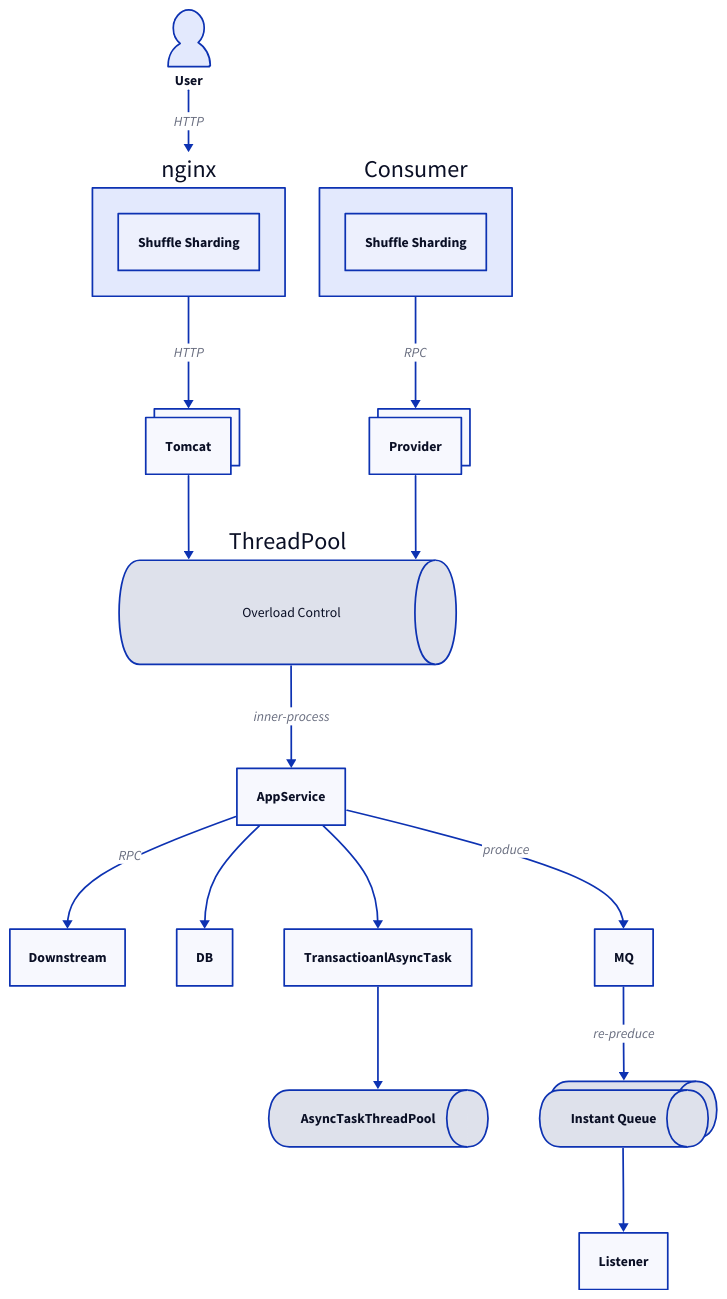
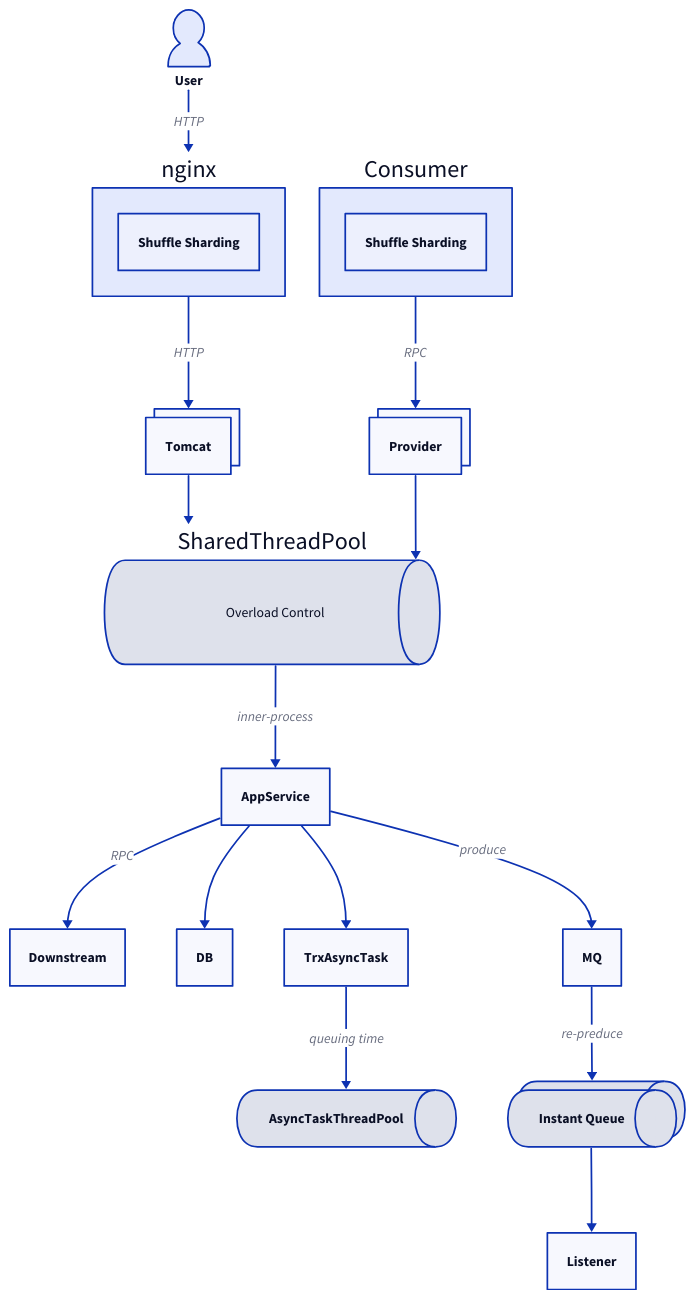
One commit to funkygao/workload-pattern changed the diagram in assets/bigpicture.d2. Above: the diagram before and after it, drawn with D2. The commit also changed 1 other file, not shown here.

```diff
--- a/assets/bigpicture.d2
+++ b/assets/bigpicture.d2
@@ -1,42 +1,44 @@
 User -> nginx: HTTP
 nginx -> Tomcat: HTTP
 nginx: {
   Shuffle Sharding
 }
 Tomcat: {
   style.multiple: true
 }
 User: {
   shape: person
 }
 Consumer -> Provider: RPC
 Provider: {
   style.multiple: true
 }
 Consumer: {
   Shuffle Sharding
 }
-ThreadPool: {
+SharedThreadPool: {
   shape: queue
   Overload Control: {
     shape: text
   }
 }
-Tomcat -> ThreadPool
-Provider -> ThreadPool
-ThreadPool -> AppService: inner-process
+Tomcat -> SharedThreadPool
+Provider -> SharedThreadPool
+SharedThreadPool -> AppService: inner-process
 AppService -> Downstream: RPC
 AppService -> DB
 AppService -> MQ: produce
-AppService -> TransactioanlAsyncTask
-TransactioanlAsyncTask -> AsyncTaskThreadPool
+AppService -> TrxAsyncTask
+TrxAsyncTask -> AsyncTaskThreadPool: queuing time
 AsyncTaskThreadPool: {
   shape: queue
 }
 
 MQ -> Instant Queue: re-preduce
 Instant Queue: {
   shape: queue
   style.multiple: true
 }
 Instant Queue -> Listener
+
+# https://play.d2lang.com/?script=fFJRTsMwDP33KXyBcYB8II3xARITHSsHiFpvi9ic4CRjCPXuyB3tuqrjL37v2X5-7Xskwdk98tbxyeBTWRbQvhUs_aGyaYga_AHE9S5vNnvC9c5K7XgLDXRSpVt7d931BpNkggZ01Z9AzzYYSKJnaGDhOebD2Ugh_uhqVb4VC7hU_wzu2m-b2wnZuvB-f7X_M1MmQHw9kuy9rXHhOUkn6mUaLCA2_ZVtNP3I3uMIvjyVmIewJjm6igw6ZpJZEF9RjHBhVPfov_SfJns4BzBiH0bAcmUwiK9zRSOmlNM8fnNV2vgBw6J10xUDvxPYRFoNwHKlI545JssJVwobFJoFodbHiJkI_MZ3vGrUHS8uJmIS-A0AAP__&theme=1&sketch=1&
```
